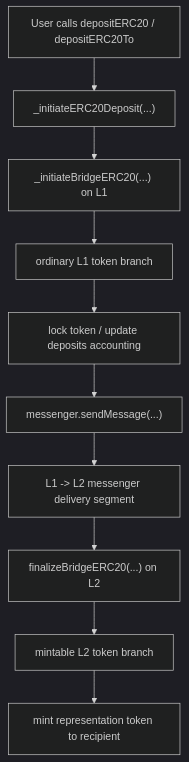
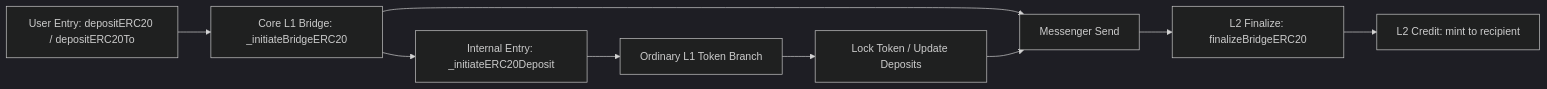
The diagram in deposit-review.md (Sera5im/Sera5im-op-erc20-bridge-review-en), drawn with Mermaid (dark theme) before and after one commit.

Commit message:
Refine deposit flow diagram structure

````diff
--- a/deposit-review.md
+++ b/deposit-review.md
@@ -5,12 +5,9 @@
 ```mermaid
-flowchart TD
-    A["User calls depositERC20 / depositERC20To"] --> B["_initiateERC20Deposit(...)"]
-    B --> C["_initiateBridgeERC20(...) on L1"]
-    C --> D["ordinary L1 token branch"]
-    D --> E["lock token / update deposits accounting"]
-    E --> F["messenger.sendMessage(...)"]
-    F --> G["L1 -> L2 messenger delivery segment"]
-    G --> H["finalizeBridgeERC20(...) on L2"]
-    H --> I["mintable L2 token branch"]
-    I --> J["mint representation token to recipient"]
+flowchart LR
+    A["User Entry: depositERC20 / depositERC20To"] --> B["Core L1 Bridge: _initiateBridgeERC20"] --> C["Messenger Send"] --> D["L2 Finalize: finalizeBridgeERC20"] --> E["L2 Credit: mint to recipient"]
+
+    B --> B1["Internal Entry: _initiateERC20Deposit"]
+    B1 --> B2["Ordinary L1 Token Branch"]
+    B2 --> B3["Lock Token / Update Deposits"]
+    B3 --> C
 ```
````
